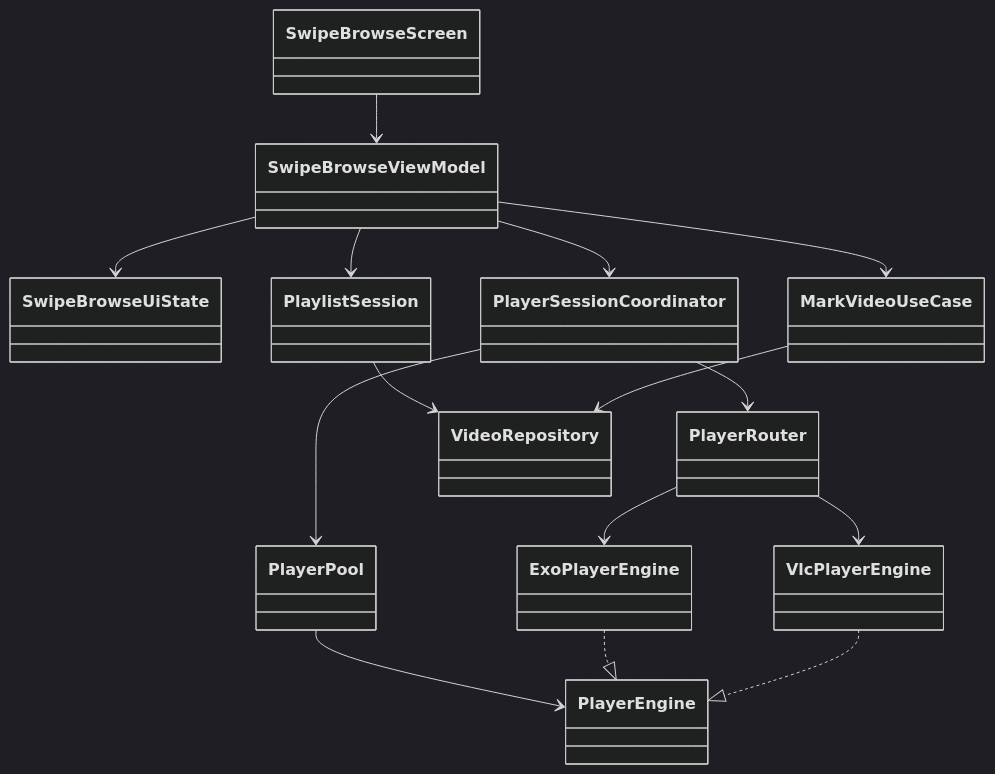
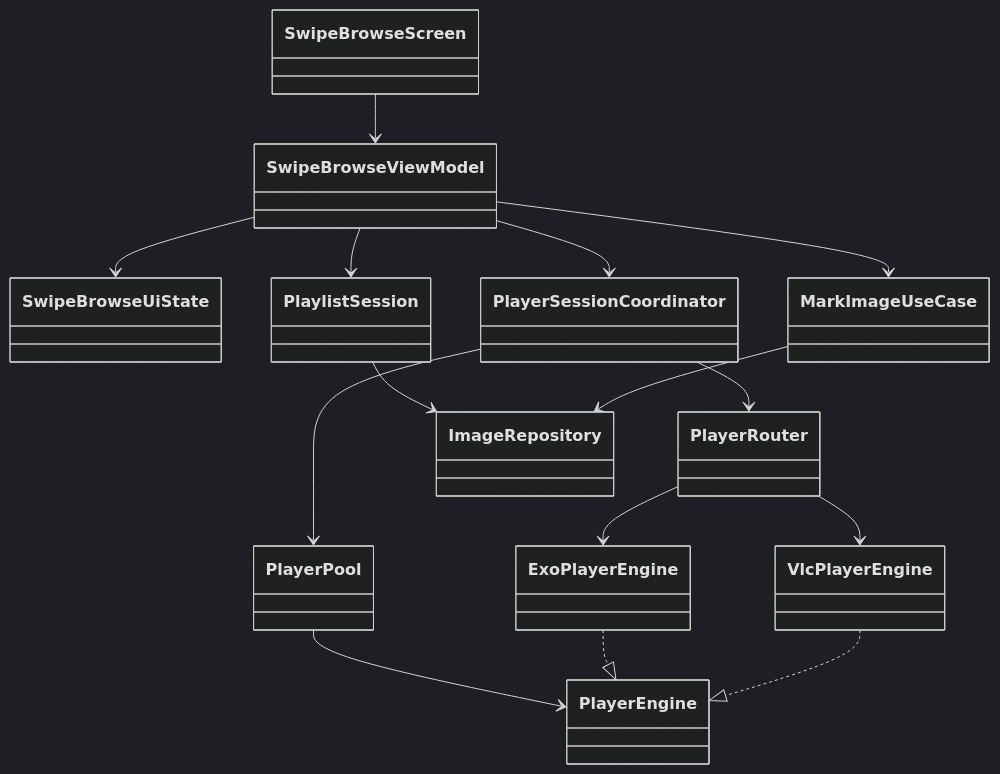
Before and after one commit to vf2e/mfp: the first of 4 diagrams in docs/滑动播放模块类图级详设_V1.0.md, drawn with Mermaid (dark theme). The commit also changed other lines of this file and 126 other files, not shown here.

First line of the commit message:
feat: 过图首版——本地图片滑动筛选与剪切整理

````diff
--- a/docs/滑动播放模块类图级详设_V1.0.md
+++ b/docs/滑动播放模块类图级详设_V1.0.md
@@ -93,32 +93,32 @@
 ```mermaid
 classDiagram
   direction TB
 
   class SwipeBrowseScreen
   class SwipeBrowseViewModel
   class SwipeBrowseUiState
   class PlaylistSession
   class PlayerSessionCoordinator
   class PlayerPool
   class PlayerRouter
   class PlayerEngine
   class ExoPlayerEngine
   class VlcPlayerEngine
-  class MarkVideoUseCase
-  class VideoRepository
+  class MarkImageUseCase
+  class ImageRepository
 
   SwipeBrowseScreen --> SwipeBrowseViewModel
   SwipeBrowseViewModel --> SwipeBrowseUiState
   SwipeBrowseViewModel --> PlaylistSession
   SwipeBrowseViewModel --> PlayerSessionCoordinator
-  SwipeBrowseViewModel --> MarkVideoUseCase
+  SwipeBrowseViewModel --> MarkImageUseCase
   PlayerSessionCoordinator --> PlayerPool
   PlayerSessionCoordinator --> PlayerRouter
   PlayerPool --> PlayerEngine
   PlayerRouter --> ExoPlayerEngine
   PlayerRouter --> VlcPlayerEngine
   ExoPlayerEngine ..|> PlayerEngine
   VlcPlayerEngine ..|> PlayerEngine
-  PlaylistSession --> VideoRepository
-  MarkVideoUseCase --> VideoRepository
+  PlaylistSession --> ImageRepository
+  MarkImageUseCase --> ImageRepository
 ```
````
